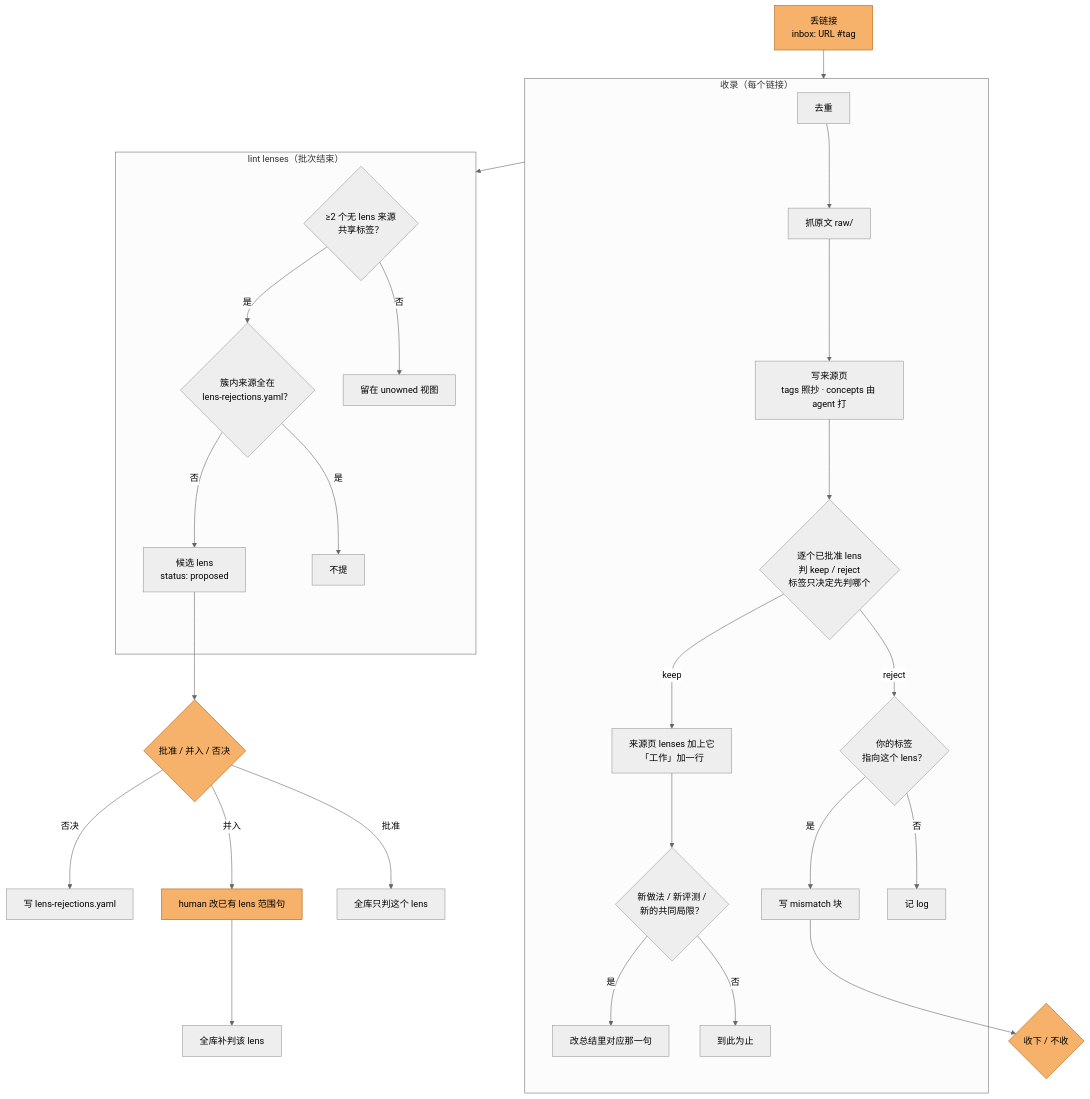
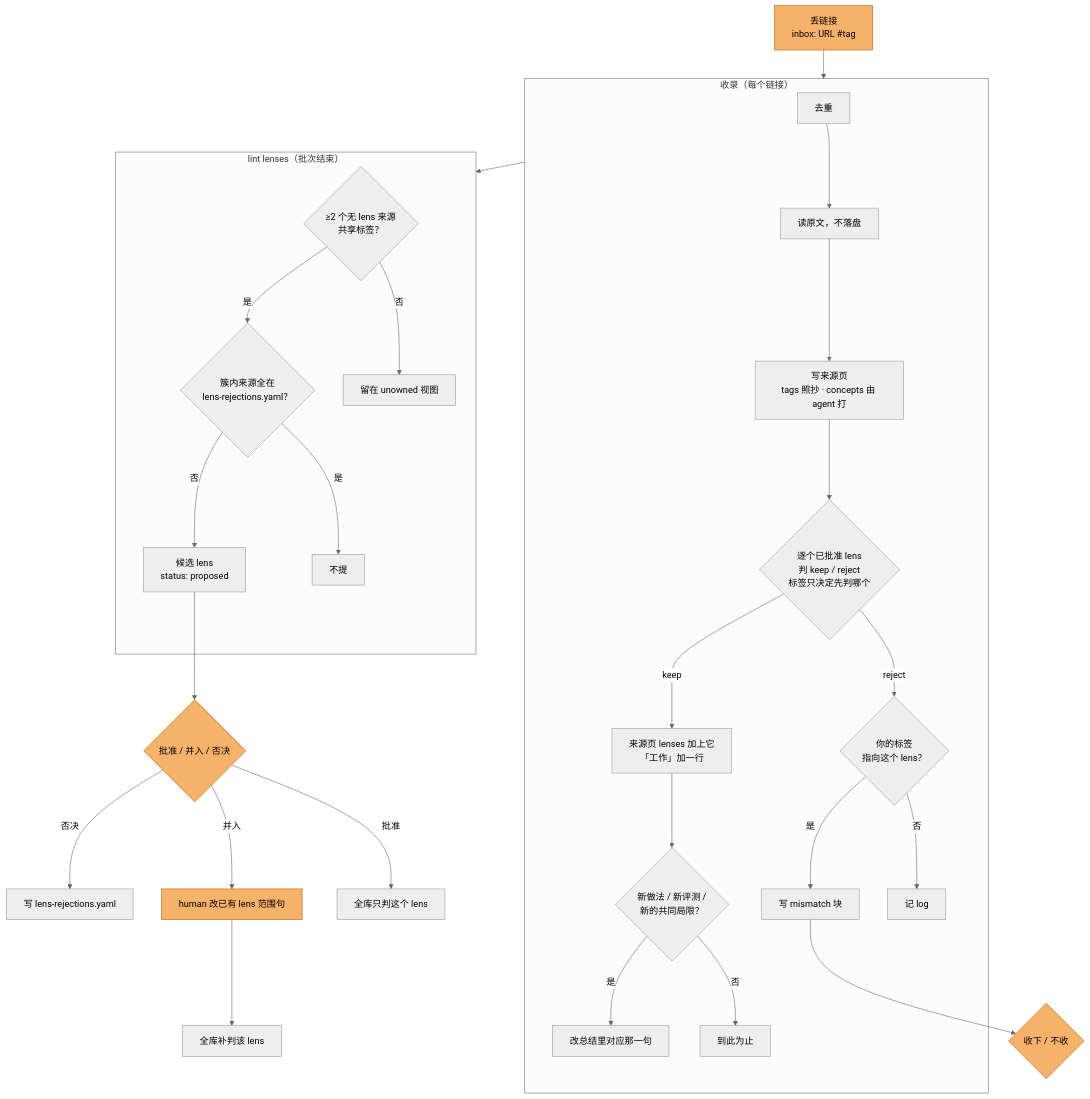
The diagram in docs/design.md (ZJLi2013/exocortex), drawn with Mermaid (neutral theme) before and after one commit. The commit also changed other lines of this file and 47 other files, not shown here.

Commit message:
Read sources at ingest time instead of storing them in raw/ (#23)

````diff
--- a/docs/design.md
+++ b/docs/design.md
@@ -11,28 +11,28 @@
 ```mermaid
 flowchart TD
     drop["丢链接<br/>inbox: URL #tag"]:::human --> ingest
     subgraph ingest["收录（每个链接）"]
-        dedupe[去重] --> raw[抓原文 raw/] --> page["写来源页<br/>tags 照抄 · concepts 由 agent 打"]
+        dedupe[去重] --> read[读原文，不落盘] --> page["写来源页<br/>tags 照抄 · concepts 由 agent 打"]
         page --> judge{"逐个已批准 lens<br/>判 keep / reject<br/>标签只决定先判哪个"}
         judge -- reject --> tagged{"你的标签<br/>指向这个 lens？"}
         tagged -- 否 --> log1[记 log]
         tagged -- 是 --> mismatch["写 mismatch 块"]
         judge -- keep --> owned["来源页 lenses 加上它<br/>「工作」加一行"]
         owned --> summary{"新做法 / 新评测 /<br/>新的共同局限？"}
         summary -- 否 --> done[到此为止]
         summary -- 是 --> rewrite["改总结里对应那一句"]
     end
     ingest --> lint
     subgraph lint["lint lenses（批次结束）"]
         cluster{"≥2 个无 lens 来源<br/>共享标签？"} -- 否 --> nolens[留在 unowned 视图]
         cluster -- 是 --> rejected{"簇内来源全在<br/>lens-rejections.yaml？"}
         rejected -- 是 --> skip[不提]
         rejected -- 否 --> proposed["候选 lens<br/>status: proposed"]
     end
     proposed --> decide{"批准 / 并入 / 否决"}:::human
     decide -- 批准 --> rejudge["全库只判这个 lens"]
     decide -- 并入 --> scope["human 改已有 lens 范围句"]:::human --> rejudge2[全库补判该 lens]
     decide -- 否决 --> reject["写 lens-rejections.yaml"]
     mismatch --> keepit{"收下 / 不收"}:::human
     classDef human fill:#f6b26b,stroke:#b45f06,color:#000
 ```
````
